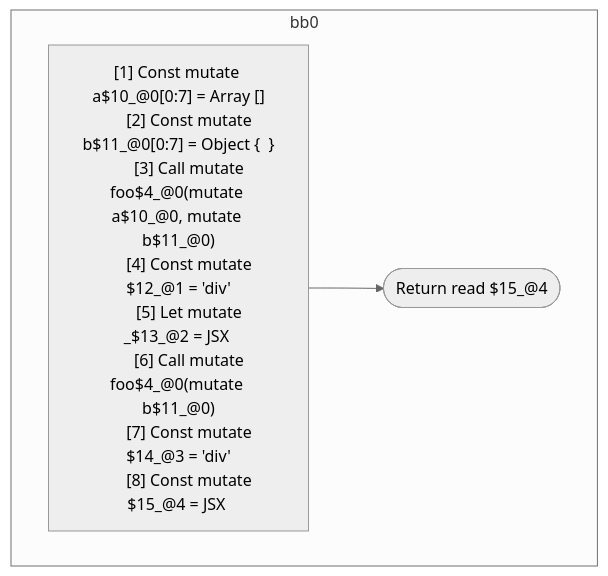
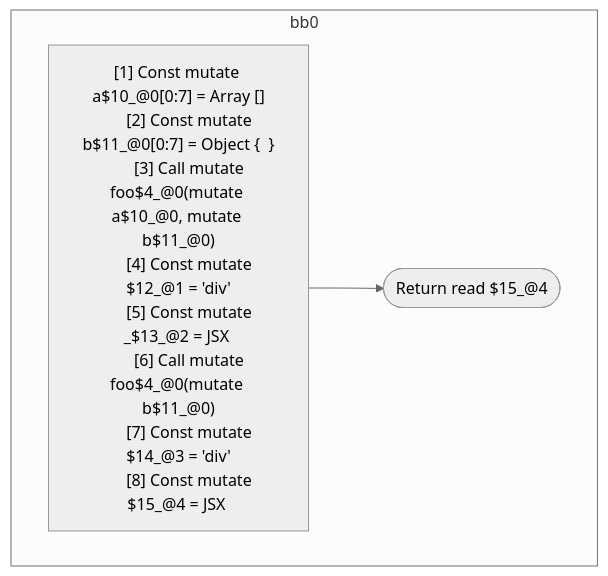
The second of 2 diagrams in compiler/forget/src/__tests__/fixtures/hir/call.expect.md (wutsmog/private), drawn with Mermaid (neutral theme) before and after one commit. The commit also changed other lines of this file and 61 other files, not shown here.

````diff
--- a/compiler/forget/src/__tests__/fixtures/hir/call.expect.md
+++ b/compiler/forget/src/__tests__/fixtures/hir/call.expect.md
@@ -68,20 +68,20 @@
 ```mermaid
 flowchart TB
   %% Basic Blocks
   subgraph bb0
     bb0_instrs["
       [1] Const mutate a$10_@0[0:7] = Array []
       [2] Const mutate b$11_@0[0:7] = Object {  }
       [3] Call mutate foo$4_@0(mutate a$10_@0, mutate b$11_@0)
       [4] Const mutate $12_@1 = 'div'
-      [5] Let mutate _$13_@2 = JSX <read $12_@1 a={freeze a$10_@0} ></read $12_@1>
+      [5] Const mutate _$13_@2 = JSX <read $12_@1 a={freeze a$10_@0} ></read $12_@1>
       [6] Call mutate foo$4_@0(mutate b$11_@0)
       [7] Const mutate $14_@3 = 'div'
       [8] Const mutate $15_@4 = JSX <read $14_@3 a={read a$10_@0} b={freeze b$11_@0} ></read $14_@3>
     "]
     bb0_instrs --> bb0_terminal(["Return read $15_@4"])
   end
 
   %% Jumps
   %% empty
 ```
````
